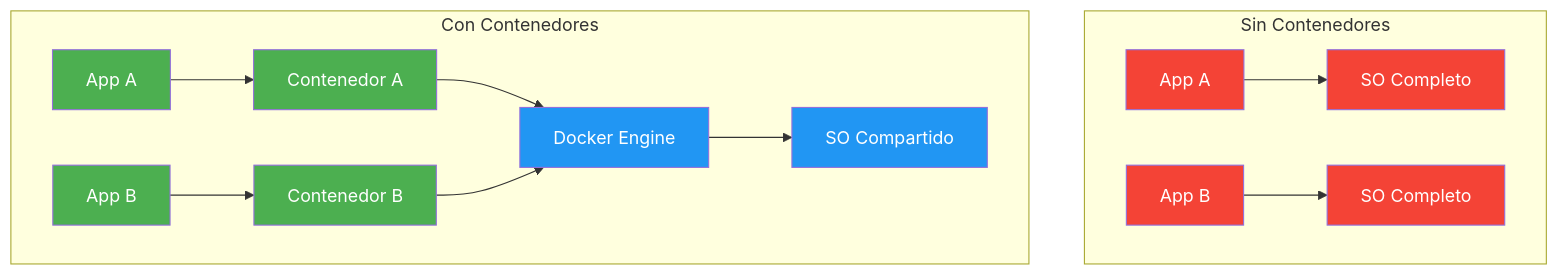
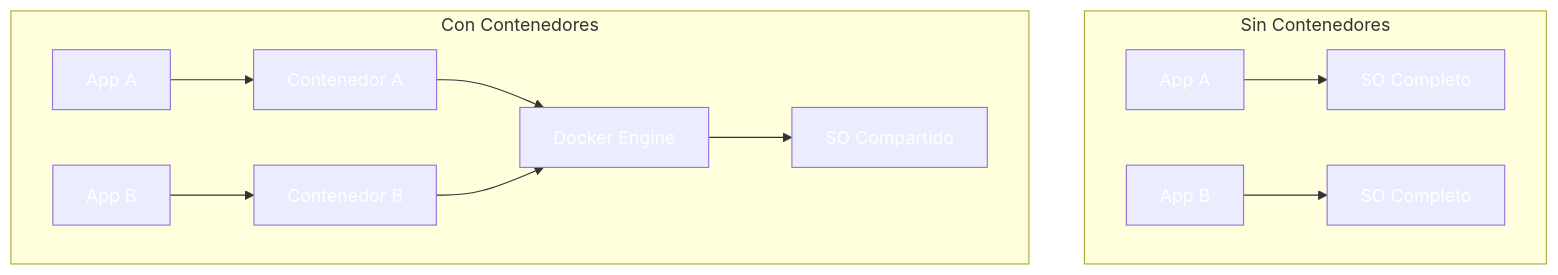
One commit to joseluisgs/DesarrolloWebEntornosServidor-02-2026-2027 changed the diagram in 29-docker.md. Above: the diagram before and after it, drawn with Mermaid. The commit also changed other lines of this file and 41 other files, not shown here.

````diff
--- a/29-docker.md
+++ b/29-docker.md
@@ -44,24 +44,24 @@
 ```mermaid
 flowchart TB
     subgraph "Sin Contenedores"
         A1["App A"] --> A2["SO Completo"]
         A3["App B"] --> A4["SO Completo"]
-        style A1 fill:#f44336,color:#fff
-        style A2 fill:#f44336,color:#fff
-        style A3 fill:#f44336,color:#fff
-        style A4 fill:#f44336,color:#fff
+        style A1 fill:#f4433,color:#fff6,color:#fff
+        style A2 fill:#f4433,color:#fff6,color:#fff
+        style A3 fill:#f4433,color:#fff6,color:#fff
+        style A4 fill:#f4433,color:#fff6,color:#fff
     end
 
     subgraph "Con Contenedores"
         B1["App A"] --> B2["Contenedor A"]
         B3["App B"] --> B4["Contenedor B"]
         B2 & B4 --> B5["Docker Engine"]
         B5 --> B6["SO Compartido"]
-        style B1 fill:#4CAF50,color:#fff
-        style B2 fill:#4CAF50,color:#fff
-        style B3 fill:#4CAF50,color:#fff
-        style B4 fill:#4CAF50,color:#fff
-        style B5 fill:#2196F3,color:#fff
-        style B6 fill:#2196F3,color:#fff
+        style B1 fill:#4CAF5,color:#fff0,color:#fff
+        style B2 fill:#4CAF5,color:#fff0,color:#fff
+        style B3 fill:#4CAF5,color:#fff0,color:#fff
+        style B4 fill:#4CAF5,color:#fff0,color:#fff
+        style B5 fill:#2196F,color:#fff3,color:#fff
+        style B6 fill:#2196F,color:#fff3,color:#fff
     end
 ```
````
